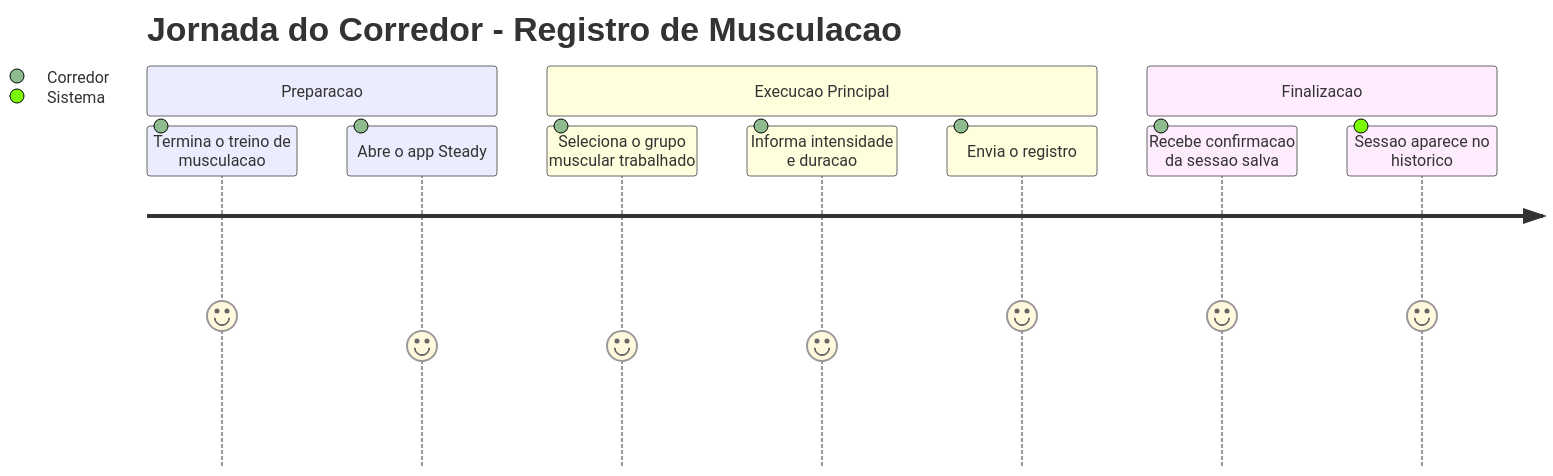
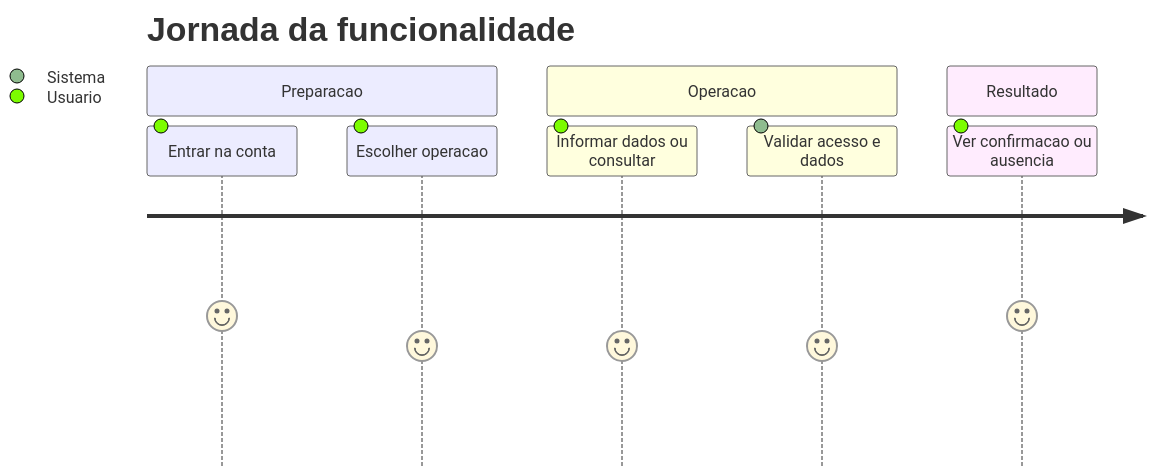
The first of 3 diagrams in DocumentAIReadme/Steady.Api/BusinessRulesDocs/Registro-de-Musculacao-Treino-Forca-Rules.md (JoaoFPedro/steady-ia), drawn with Mermaid before and after one commit. The commit also changed other lines of this file and 318 other files, not shown here.

````diff
--- a/DocumentAIReadme/Steady.Api/BusinessRulesDocs/Registro-de-Musculacao-Treino-Forca-Rules.md
+++ b/DocumentAIReadme/Steady.Api/BusinessRulesDocs/Registro-de-Musculacao-Treino-Forca-Rules.md
@@ -26,14 +32,12 @@
 ```mermaid
 journey
-    title Jornada do Corredor - Registro de Musculacao
+    title Jornada da funcionalidade
     section Preparacao
-      Termina o treino de musculacao: 5: Corredor
-      Abre o app Steady: 4: Corredor
-    section Execucao Principal
-      Seleciona o grupo muscular trabalhado: 4: Corredor
-      Informa intensidade e duracao: 4: Corredor
-      Envia o registro: 5: Corredor
-    section Finalizacao
-      Recebe confirmacao da sessao salva: 5: Corredor
-      Sessao aparece no historico: 5: Sistema
+      Entrar na conta: 5: Usuario
+      Escolher operacao: 4: Usuario
+    section Operacao
+      Informar dados ou consultar: 4: Usuario
+      Validar acesso e dados: 4: Sistema
+    section Resultado
+      Ver confirmacao ou ausencia: 5: Usuario
 ```
````
